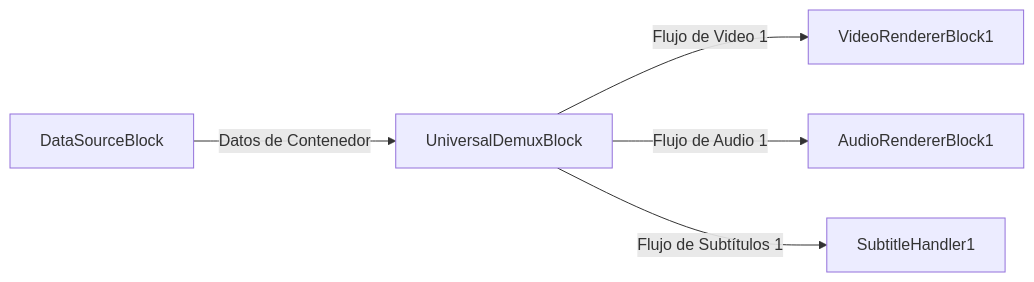
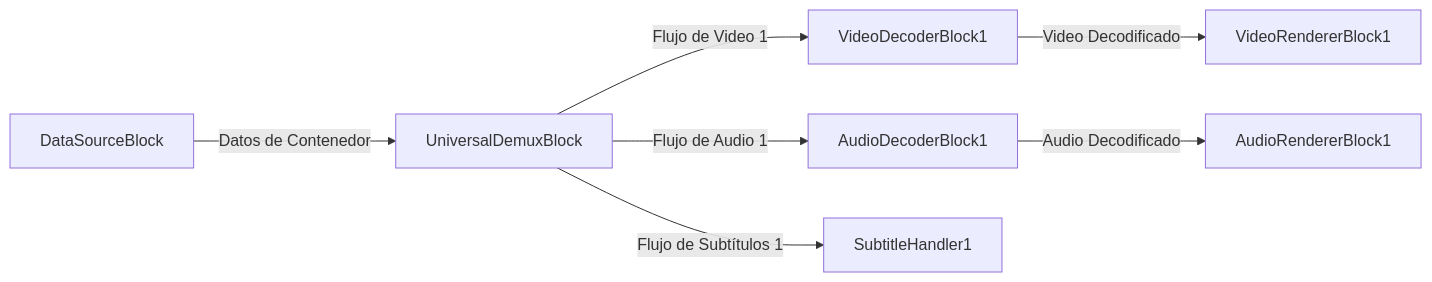
Before and after one commit to visioforge/help: the third of 4 diagrams in dotnet/mediablocks/Demuxers/index.es.md, drawn with Mermaid. The commit also changed other lines of this file and 194 other files, not shown here.

````diff
--- a/dotnet/mediablocks/Demuxers/index.es.md
+++ b/dotnet/mediablocks/Demuxers/index.es.md
@@ -257,7 +275,9 @@
 ```mermaid
 graph LR;
     DataSourceBlock -- Datos de Contenedor --> UniversalDemuxBlock;
-    UniversalDemuxBlock -- Flujo de Video 1 --> VideoRendererBlock1;
-    UniversalDemuxBlock -- Flujo de Audio 1 --> AudioRendererBlock1;
+    UniversalDemuxBlock -- Flujo de Video 1 --> VideoDecoderBlock1;
+    VideoDecoderBlock1 -- Video Decodificado --> VideoRendererBlock1;
+    UniversalDemuxBlock -- Flujo de Audio 1 --> AudioDecoderBlock1;
+    AudioDecoderBlock1 -- Audio Decodificado --> AudioRendererBlock1;
     UniversalDemuxBlock -- Flujo de Subtítulos 1 --> SubtitleHandler1;
 ```
````
